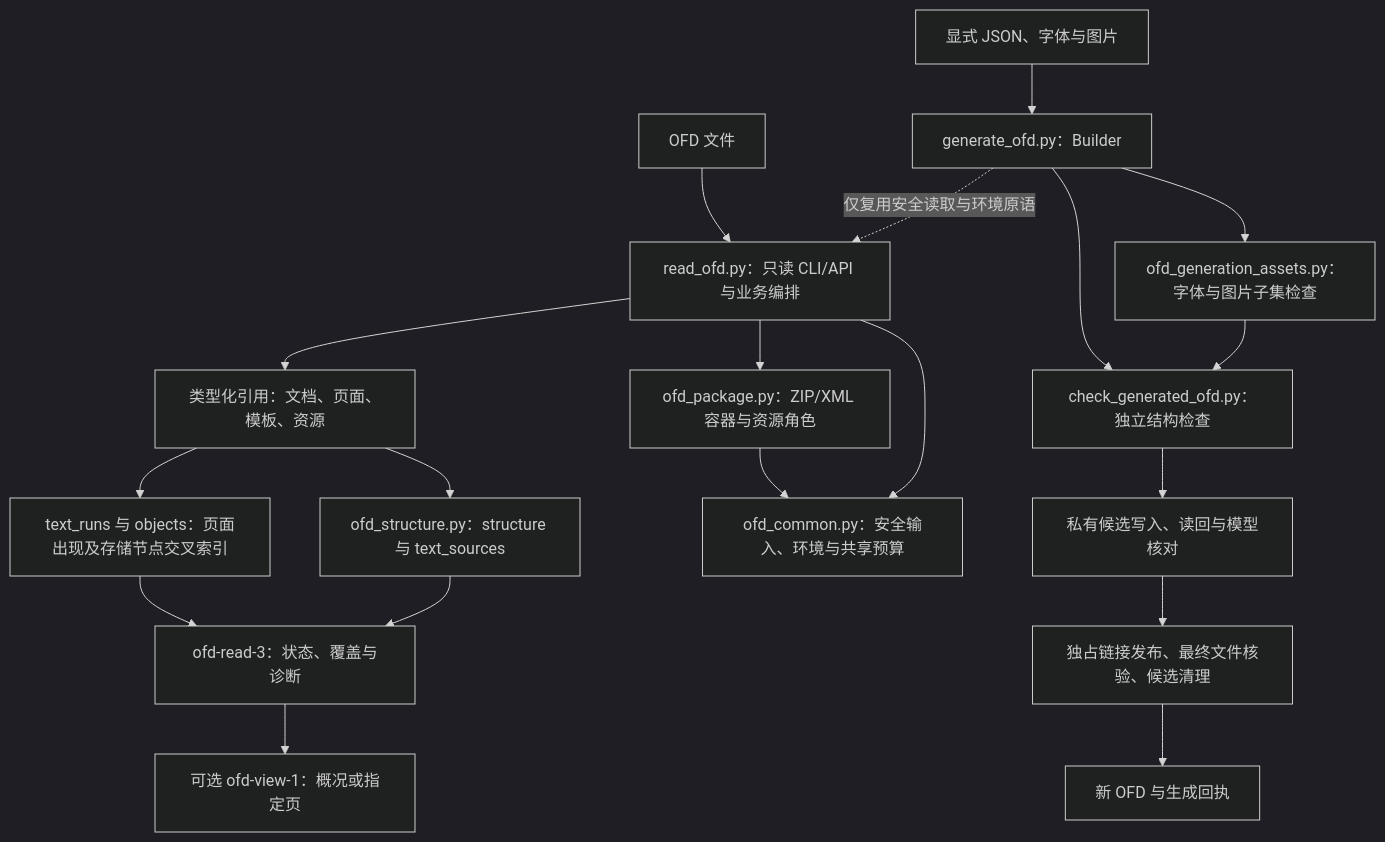
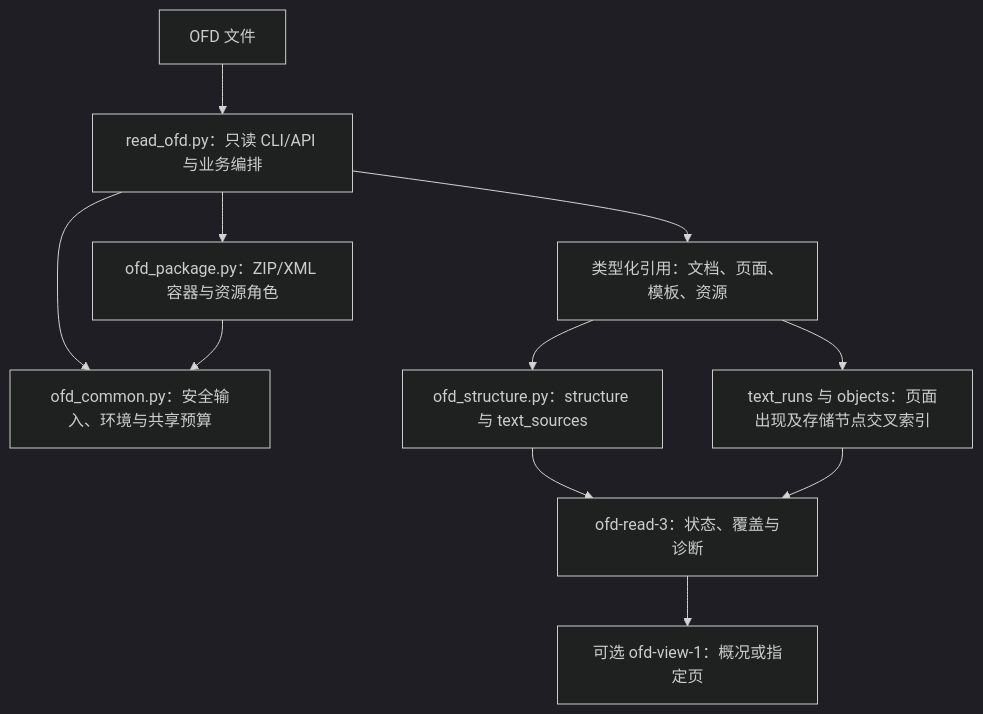
One commit to JohnParken/PSL-SKILLS changed the first of 2 diagrams in docs/skills/ofd.md. Above: the diagram before and after it, drawn with Mermaid (dark theme). The commit also changed other lines of this file and 16 other files, not shown here.

````diff
--- a/docs/skills/ofd.md
+++ b/docs/skills/ofd.md
@@ -21,21 +19,13 @@
 ```mermaid
 flowchart TD
     A["OFD 文件"] --> B["read_ofd.py：只读 CLI/API 与业务编排"]
     B --> BC["ofd_common.py：安全输入、环境与共享预算"]
     B --> BP["ofd_package.py：ZIP/XML 容器与资源角色"]
     BP --> BC
     B --> C["类型化引用：文档、页面、模板、资源"]
     C --> D["ofd_structure.py：structure 与 text_sources"]
     C --> E["text_runs 与 objects：页面出现及存储节点交叉索引"]
     D --> F["ofd-read-3：状态、覆盖与诊断"]
     E --> F
     F --> G["可选 ofd-view-1：概况或指定页"]
-    H["显式 JSON、字体与图片"] --> I["generate_ofd.py：Builder"]
-    I --> J["ofd_generation_assets.py：字体与图片子集检查"]
-    I --> K["check_generated_ofd.py：独立结构检查"]
-    J --> K
-    K --> L["私有候选写入、读回与模型核对"]
-    L --> M["独占链接发布、最终文件核验、候选清理"]
-    M --> N["新 OFD 与生成回执"]
-    I -.->|"仅复用安全读取与环境原语"| B
 ```
````
